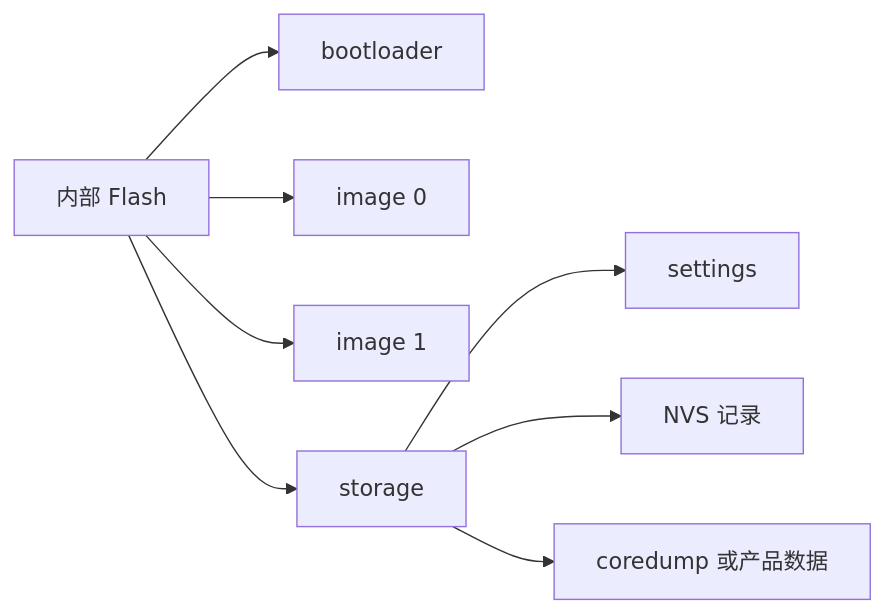
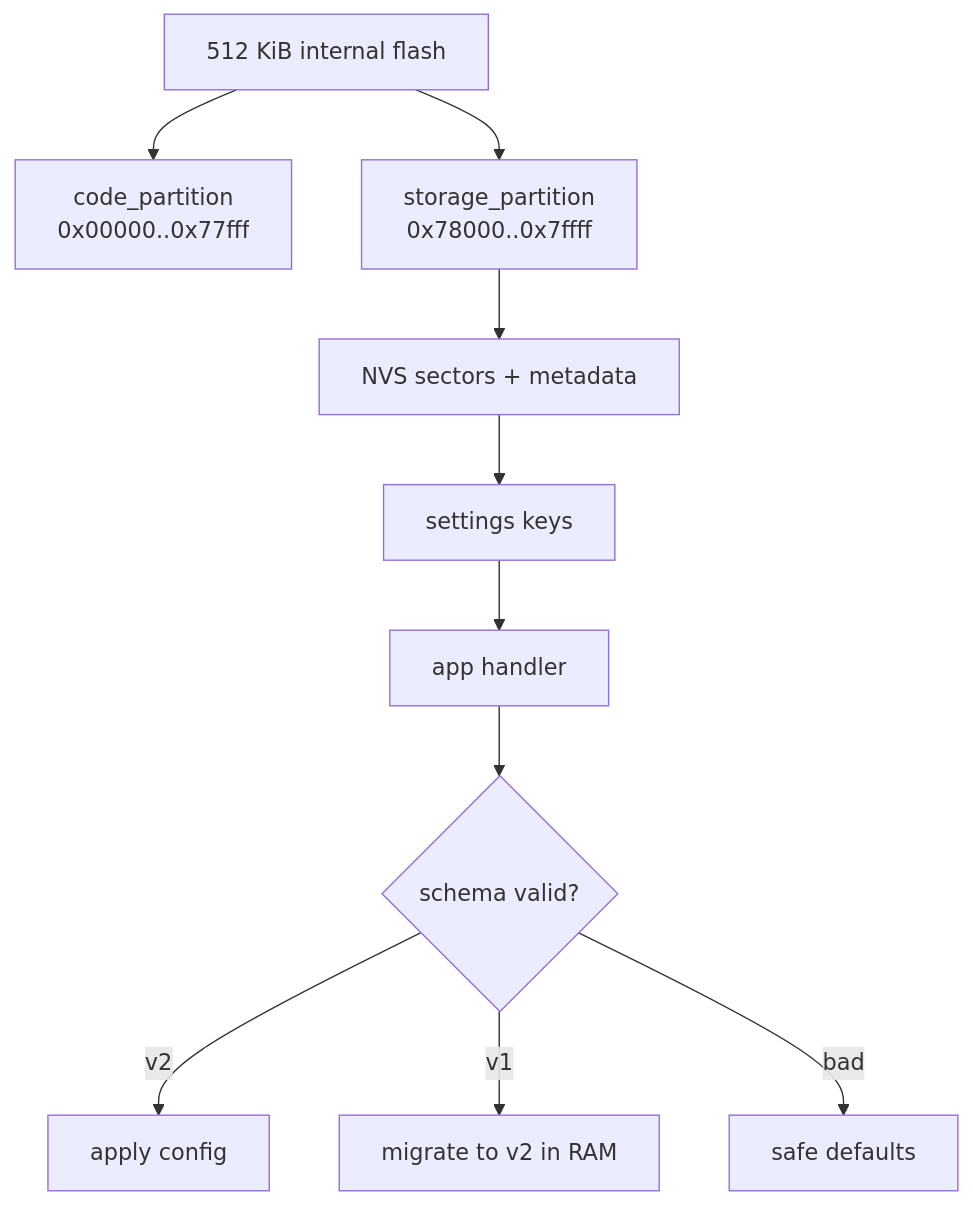
Before and after one commit to cdragon-ljl/EEandEdgeAI: the first of 2 diagrams in docs/articles/zephyr/zephyr-19-settings-nvs-flash-partition.md, drawn with Mermaid. The commit also changed other lines of this file and 35 other files, not shown here.

````diff
--- a/docs/articles/zephyr/zephyr-19-settings-nvs-flash-partition.md
+++ b/docs/articles/zephyr/zephyr-19-settings-nvs-flash-partition.md
@@ -15,10 +21,12 @@
 ```mermaid
-flowchart LR
-    A[内部 Flash] --> B[bootloader]
-    A --> C[image 0]
-    A --> D[image 1]
-    A --> E[storage]
-    E --> F[settings]
-    E --> G[NVS 记录]
-    E --> H[coredump 或产品数据]
+flowchart TD
+    F[512 KiB internal flash] --> C[code_partition<br/>0x00000..0x77fff]
+    F --> S[storage_partition<br/>0x78000..0x7ffff]
+    S --> N[NVS sectors + metadata]
+    N --> T[settings keys]
+    T --> H[app handler]
+    H --> V{schema valid?}
+    V -->|v2| A[apply config]
+    V -->|v1| M[migrate to v2 in RAM]
+    V -->|bad| D[safe defaults]
 ```
````
